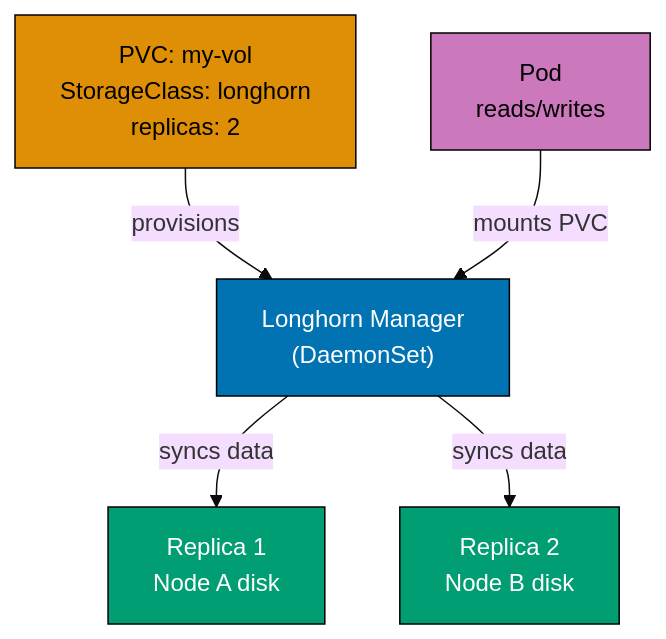
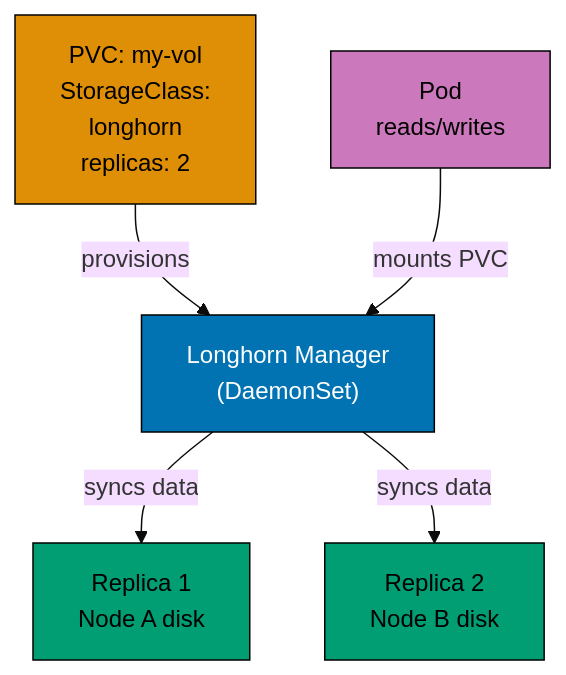
Before and after one commit to wahidyankf/ose-public: the seventh of 9 diagrams in apps/ayokoding-www/content/en/learn/legacy/software-engineering/infrastructure/tools/k3s/by-example/intermediate.md, drawn with Mermaid (base theme). The commit also changed other lines of this file and 131 other files, not shown here.

First line of the commit message:
fix(mermaid): bring the legacy data, infrastructure, and testing diagrams onto the accessible palette

````diff
--- a/apps/ayokoding-www/content/en/learn/legacy/software-engineering/infrastructure/tools/k3s/by-example/intermediate.md
+++ b/apps/ayokoding-www/content/en/learn/legacy/software-engineering/infrastructure/tools/k3s/by-example/intermediate.md
@@ -1569,20 +1607,27 @@
 ```mermaid
 %% Color Palette: Blue #0173B2, Orange #DE8F05, Teal #029E73, Purple #CC78BC, Brown #CA9161
 graph TD
-    PVC["PVC: my-vol<br/>StorageClass: longhorn<br/>replicas: 2"]
+    accTitle: Example 49: Longhorn Distributed Block Storage — Install and StorageClass
+    accDescr: Graph with 5 nodes and 4 connections. Nodes: PVC: my-vol StorageClass: longhorn replicas: 2, Longhorn Manager (DaemonSet), Replica 1 Node A disk, Replica 2 Node B disk, Pod reads/writes. Connections: PVC: my-vol StorageClass: longhorn replicas: 2 to Longhorn Manager (DaemonSet) (provisions), Longhorn Manager (DaemonSet) to Replica 1 Node A disk (syncs data), Longhorn Manager (DaemonSet) to Replica 2 Node B disk (syncs data), Pod reads/writes to Longhorn Manager (DaemonSet) (mounts PVC).
+    PVC["PVC: my-vol<br/>StorageClass:<br/>longhorn<br/>replicas: 2"]
     LM["Longhorn Manager<br/>(DaemonSet)"]
     R1["Replica 1<br/>Node A disk"]
     R2["Replica 2<br/>Node B disk"]
     POD["Pod<br/>reads/writes"]
 
     PVC -->|"provisions"| LM
     LM -->|"syncs data"| R1
     LM -->|"syncs data"| R2
     POD -->|"mounts PVC"| LM
 
-    style PVC fill:#DE8F05,stroke:#000,color:#000
-    style LM fill:#0173B2,stroke:#000,color:#fff
-    style R1 fill:#029E73,stroke:#000,color:#fff
-    style R2 fill:#029E73,stroke:#000,color:#fff
-    style POD fill:#CC78BC,stroke:#000,color:#000
+    classDef pal-DE8F05 fill:#DE8F05,stroke:#000000,color:#000000
+    class PVC pal-DE8F05
+    classDef pal-0173B2 fill:#0173B2,stroke:#000000,color:#FFFFFF
+    class LM pal-0173B2
+    classDef pal-029E73 fill:#029E73,stroke:#000000,color:#000000
+    class R1 pal-029E73
+    class R2 pal-029E73
+    classDef pal-CC78BC fill:#CC78BC,stroke:#000000,color:#000000
+    class POD pal-CC78BC
+    classDef default fill:#FFFFFF,stroke:#000000,color:#000000
 ```
````
